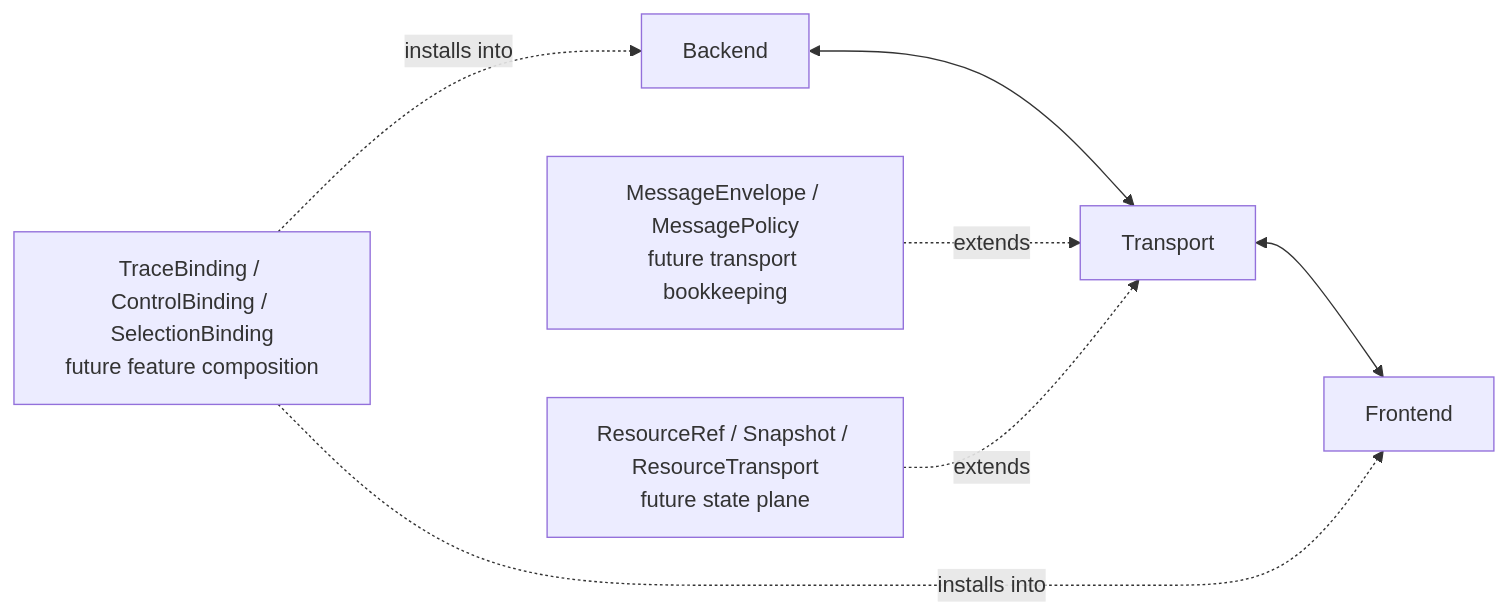
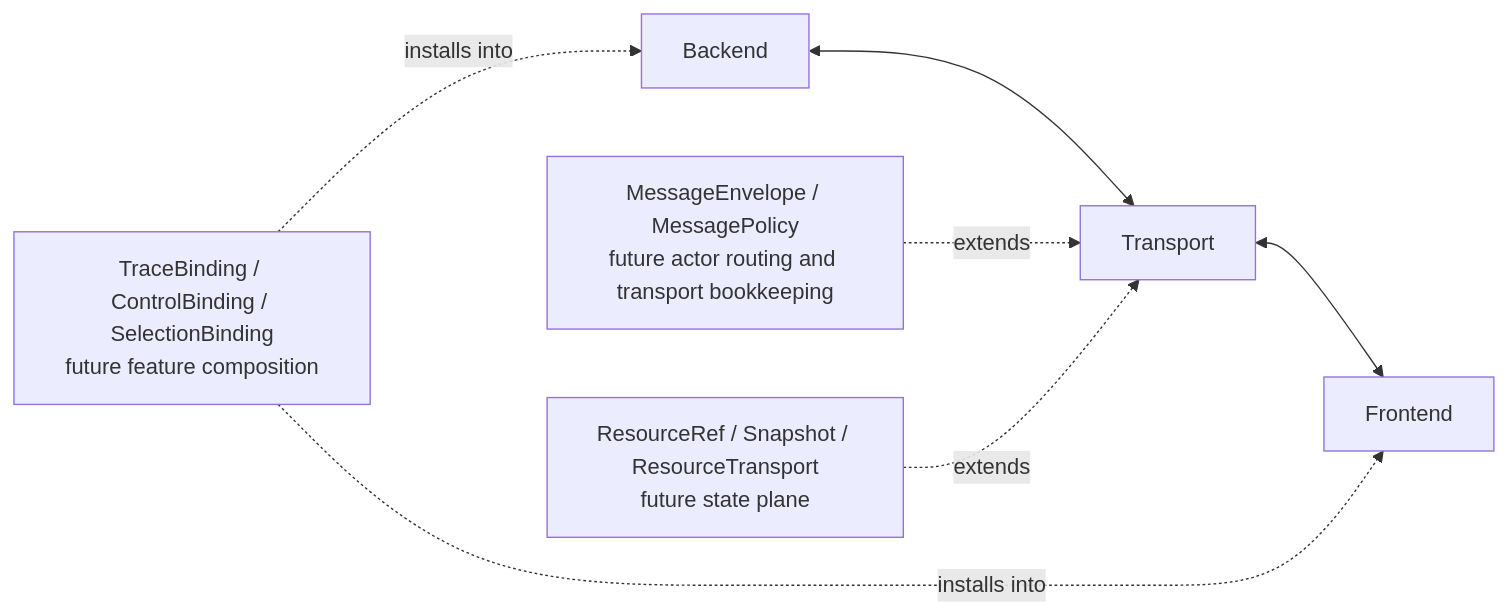
The third of 21 diagrams in docs/architecture/design/proposals/backend-transport-frontend-proposal.md (orrenravid1/CompartmentalNeuronGUI), drawn with Mermaid before and after one commit. The commit also changed other lines of this file and 31 other files, not shown here.

````diff
--- a/docs/architecture/design/proposals/backend-transport-frontend-proposal.md
+++ b/docs/architecture/design/proposals/backend-transport-frontend-proposal.md
@@ -127,15 +147,15 @@
 ```mermaid
 flowchart LR
     Backend[Backend]
     Transport[Transport]
     Frontend[Frontend]
-    Policy[MessageEnvelope / MessagePolicy<br/>future transport bookkeeping]
+    Policy[MessageEnvelope / MessagePolicy<br/>future actor routing and transport bookkeeping]
     Resource[ResourceRef / Snapshot / ResourceTransport<br/>future state plane]
     Binding[TraceBinding / ControlBinding / SelectionBinding<br/>future feature composition]
 
     Backend <--> Transport <--> Frontend
     Policy -. extends .-> Transport
     Resource -. extends .-> Transport
     Binding -. installs into .-> Backend
     Binding -. installs into .-> Frontend
 ```
````
